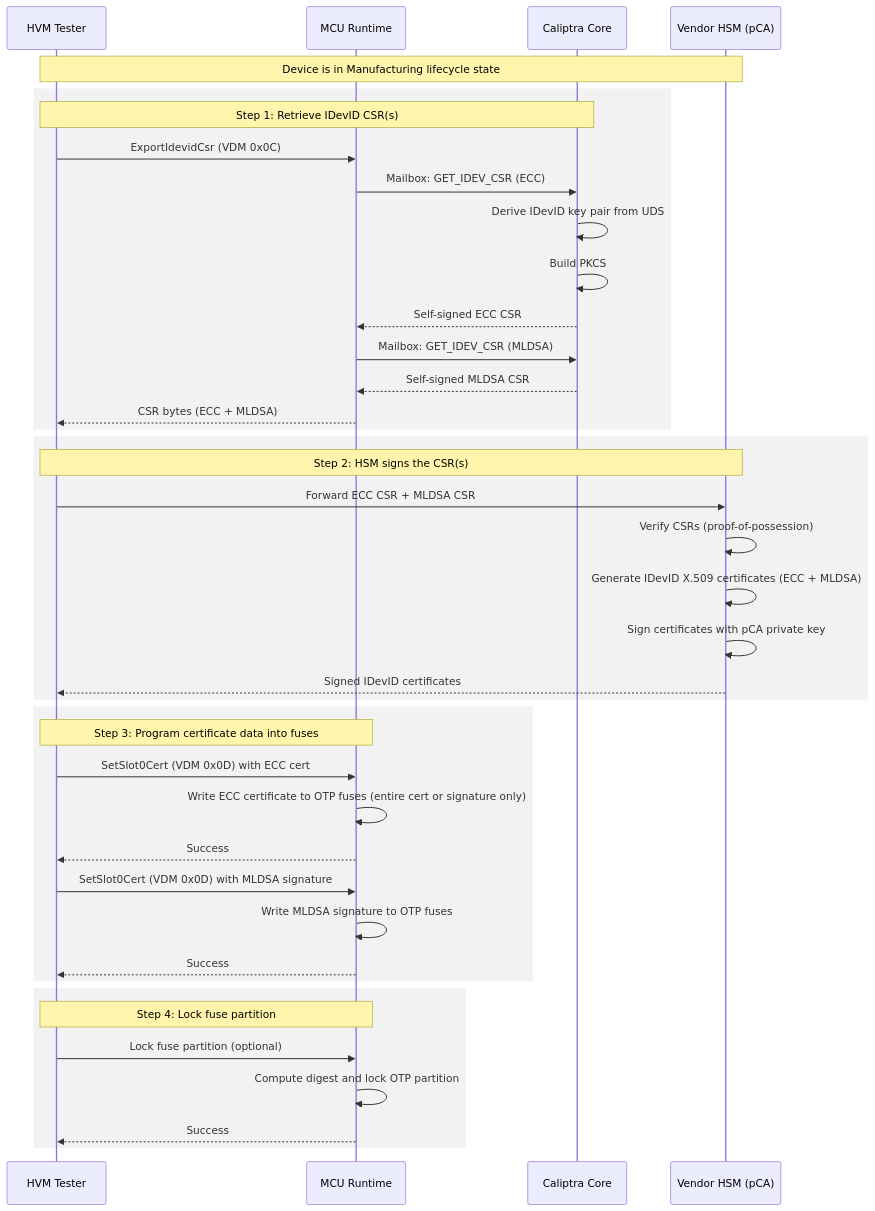
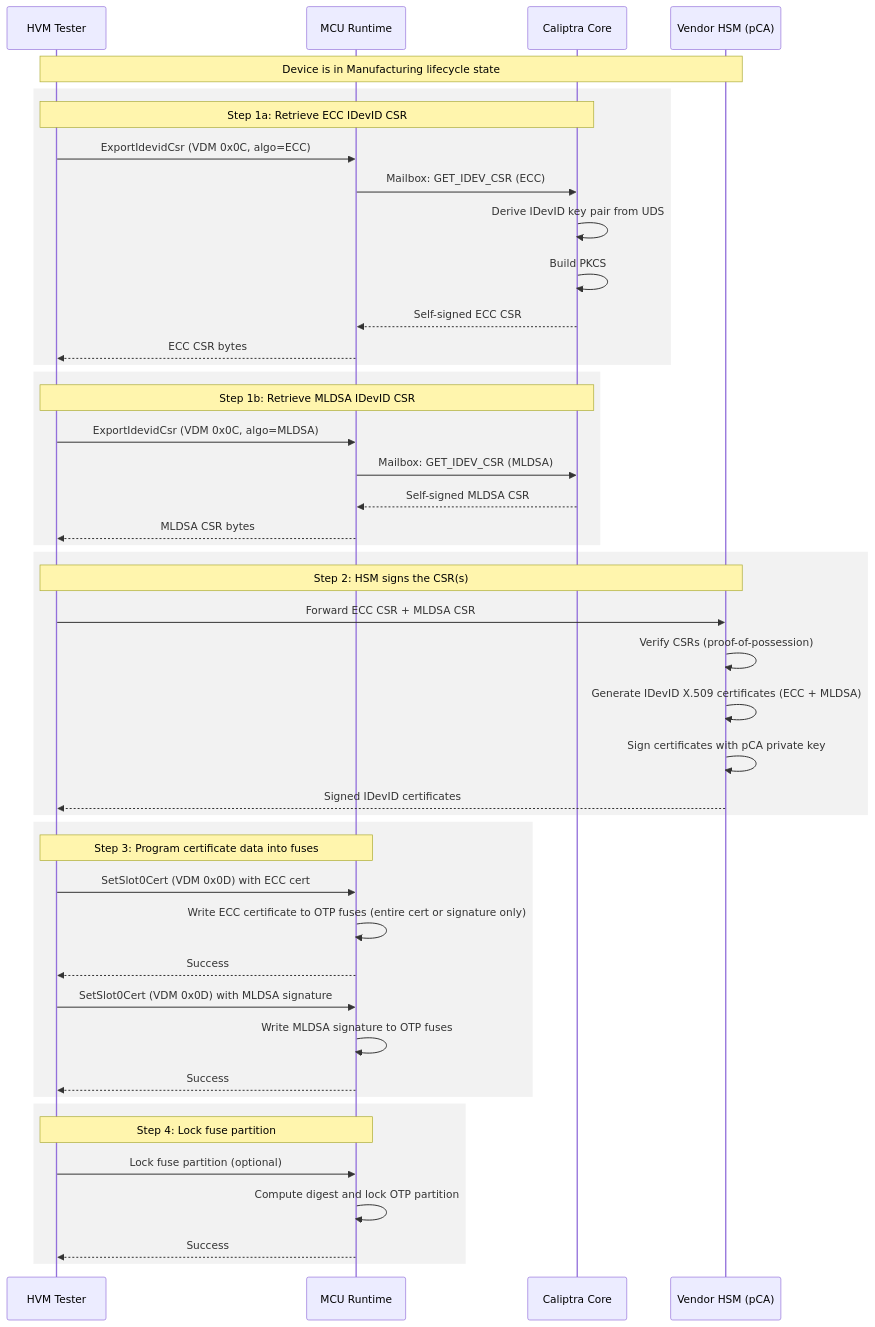
The first of 3 diagrams in docs/src/idevid-cert-provisioning.md (ArthurHeymans/caliptra-mcu-sw), drawn with Mermaid before and after one commit. The commit also changed other lines of this file, not shown here.

Commit message:
Correct ExportIdevidCsr command

````diff
--- a/docs/src/idevid-cert-provisioning.md
+++ b/docs/src/idevid-cert-provisioning.md
@@ -98,47 +98,53 @@
 ```mermaid
 sequenceDiagram
     participant HVM as HVM Tester
     participant MCU as MCU Runtime
     participant Caliptra as Caliptra Core
     participant HSM as Vendor HSM (pCA)
 
     Note over HVM,HSM: Device is in Manufacturing lifecycle state
 
     rect rgba(0, 0, 0, 0.05)
-    Note over HVM,Caliptra: Step 1: Retrieve IDevID CSR(s)
-    HVM->>MCU: ExportIdevidCsr (VDM 0x0C)
+    Note over HVM,Caliptra: Step 1a: Retrieve ECC IDevID CSR
+    HVM->>MCU: ExportIdevidCsr (VDM 0x0C, algo=ECC)
     MCU->>Caliptra: Mailbox: GET_IDEV_CSR (ECC)
     Caliptra->>Caliptra: Derive IDevID key pair from UDS
     Caliptra->>Caliptra: Build PKCS#10 CSR with cert attributes from fuses
     Caliptra-->>MCU: Self-signed ECC CSR
+    MCU-->>HVM: ECC CSR bytes
+    end
+
+    rect rgba(0, 0, 0, 0.05)
+    Note over HVM,Caliptra: Step 1b: Retrieve MLDSA IDevID CSR
+    HVM->>MCU: ExportIdevidCsr (VDM 0x0C, algo=MLDSA)
     MCU->>Caliptra: Mailbox: GET_IDEV_CSR (MLDSA)
     Caliptra-->>MCU: Self-signed MLDSA CSR
-    MCU-->>HVM: CSR bytes (ECC + MLDSA)
+    MCU-->>HVM: MLDSA CSR bytes
     end
 
     rect rgba(0, 0, 0, 0.05)
     Note over HVM,HSM: Step 2: HSM signs the CSR(s)
     HVM->>HSM: Forward ECC CSR + MLDSA CSR
     HSM->>HSM: Verify CSRs (proof-of-possession)
     HSM->>HSM: Generate IDevID X.509 certificates (ECC + MLDSA)
     HSM->>HSM: Sign certificates with pCA private key
     HSM-->>HVM: Signed IDevID certificates
     end
 
     rect rgba(0, 0, 0, 0.05)
     Note over HVM,MCU: Step 3: Program certificate data into fuses
     HVM->>MCU: SetSlot0Cert (VDM 0x0D) with ECC cert
     MCU->>MCU: Write ECC certificate to OTP fuses (entire cert or signature only)
     MCU-->>HVM: Success
     HVM->>MCU: SetSlot0Cert (VDM 0x0D) with MLDSA signature
     MCU->>MCU: Write MLDSA signature to OTP fuses
     MCU-->>HVM: Success
     end
 
     rect rgba(0, 0, 0, 0.05)
     Note over HVM,MCU: Step 4: Lock fuse partition
     HVM->>MCU: Lock fuse partition (optional)
     MCU->>MCU: Compute digest and lock OTP partition
     MCU-->>HVM: Success
     end
 ```
````
